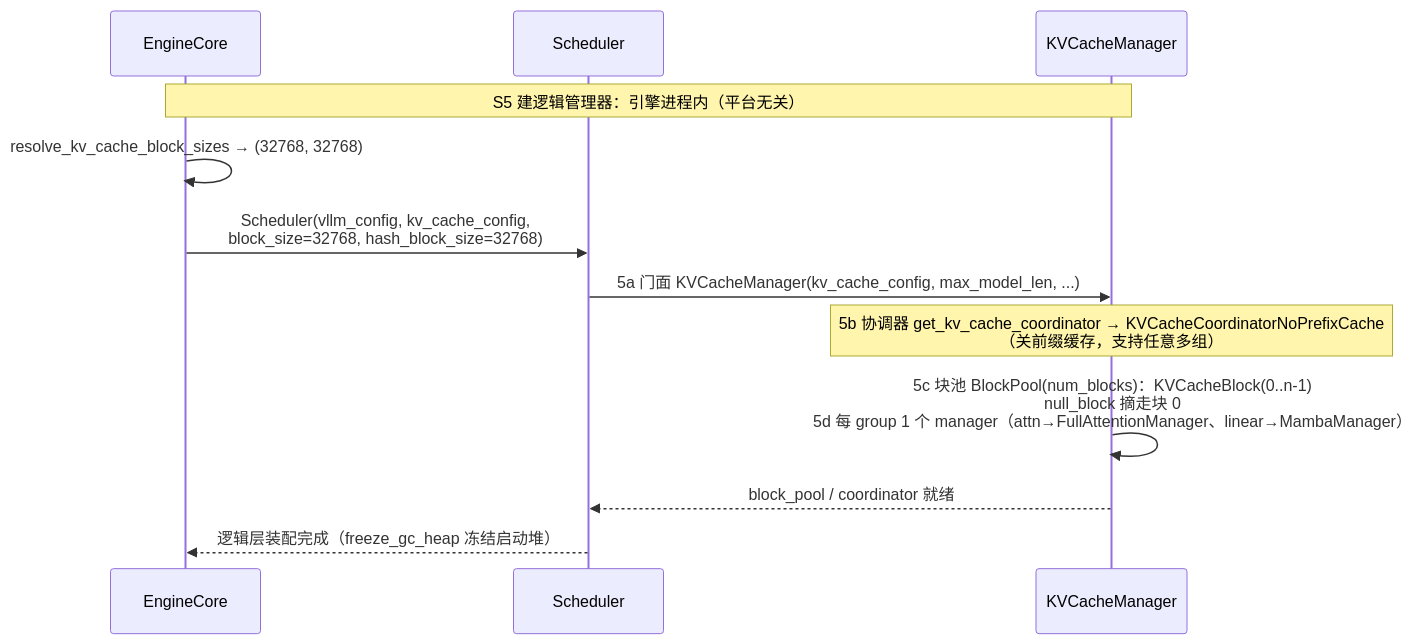
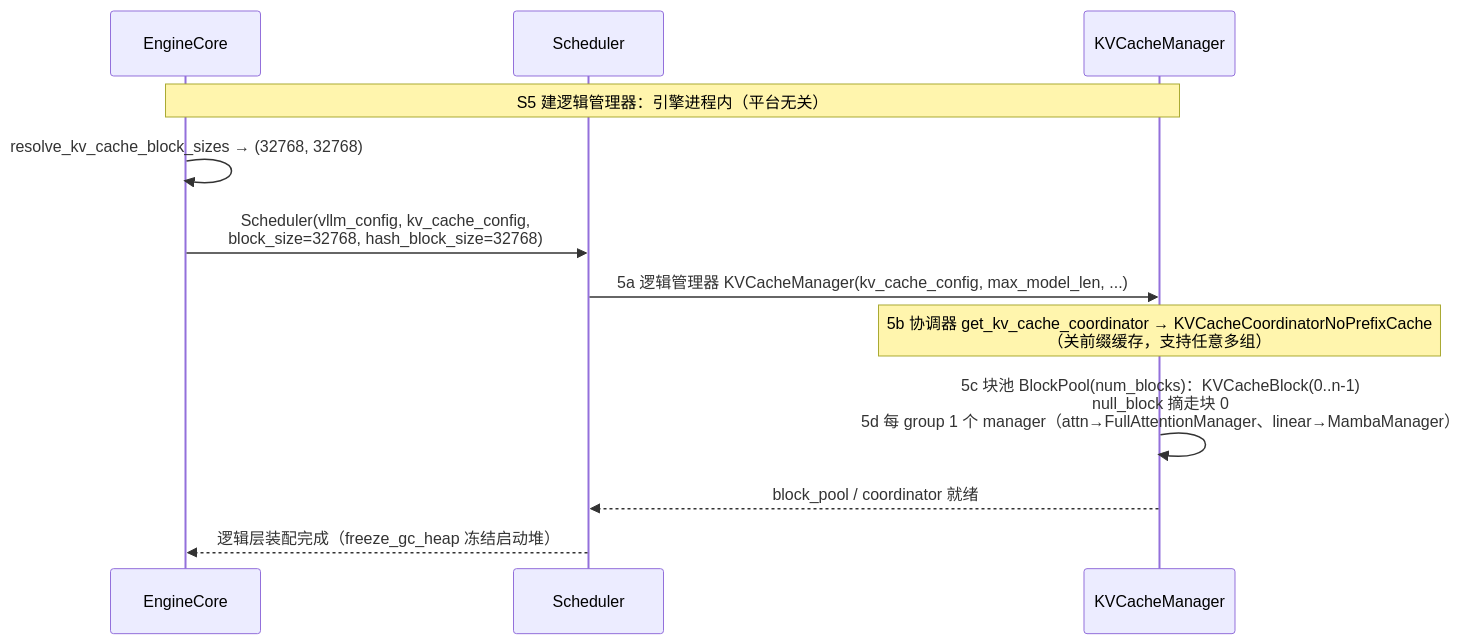
One commit to GoCHug/vllm changed the second of 4 diagrams in vllm/v1/core/kvcache_study/kvcache_docs/npu_hybrid/1_start_init.md. Above: the diagram before and after it, drawn with Mermaid. The commit also changed other lines of this file and 1 other file, not shown here.

````diff
--- a/vllm/v1/core/kvcache_study/kvcache_docs/npu_hybrid/1_start_init.md
+++ b/vllm/v1/core/kvcache_study/kvcache_docs/npu_hybrid/1_start_init.md
@@ -137,16 +137,16 @@
 ```mermaid
 %%{init: {"themeVariables": {"actorFontSize": "11px", "messageFontSize": "11px", "noteFontSize": "11px"}, "sequence": {"actorMargin": 40, "messageMargin": 16, "noteMargin": 8, "boxMargin": 8, "mirrorActors": true}}}%%
 sequenceDiagram
     participant EngineCore
     participant Scheduler
     participant KVCacheManager
 
     Note over EngineCore,KVCacheManager: S5 建逻辑管理器：引擎进程内（平台无关）
     EngineCore->>EngineCore: resolve_kv_cache_block_sizes → (32768, 32768)
     EngineCore->>Scheduler: Scheduler(vllm_config, kv_cache_config,<br/>block_size=32768, hash_block_size=32768)
-    Scheduler->>KVCacheManager: 5a 门面 KVCacheManager(kv_cache_config, max_model_len, ...)
+    Scheduler->>KVCacheManager: 5a 逻辑管理器 KVCacheManager(kv_cache_config, max_model_len, ...)
     Note over KVCacheManager: 5b 协调器 get_kv_cache_coordinator → KVCacheCoordinatorNoPrefixCache<br/>（关前缀缓存，支持任意多组）
     KVCacheManager->>KVCacheManager: 5c 块池 BlockPool(num_blocks)：KVCacheBlock(0..n-1)<br/>null_block 摘走块 0<br/>5d 每 group 1 个 manager（attn→FullAttentionManager、linear→MambaManager）
     KVCacheManager-->>Scheduler: block_pool / coordinator 就绪
     Scheduler-->>EngineCore: 逻辑层装配完成（freeze_gc_heap 冻结启动堆）
 ```
````
